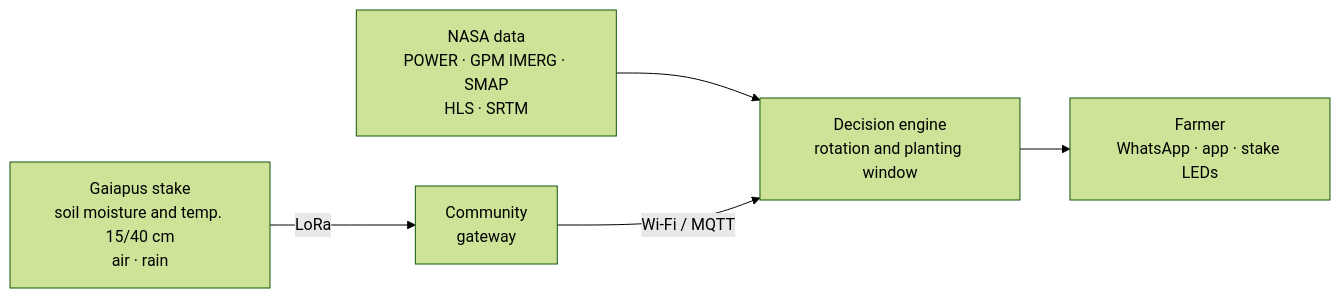
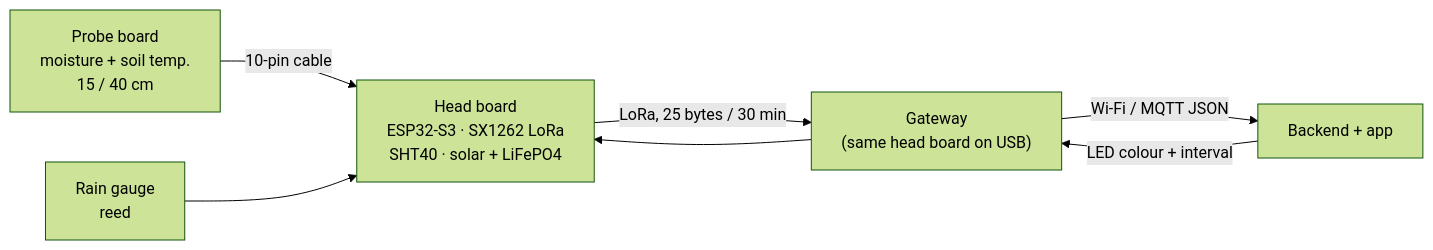
Before and after one commit to LuksbellN/Gaiapus-APP: the diagram in hardware/README.md, drawn with Mermaid (forest theme). The commit also changed other lines of this file, not shown here.

````diff
--- a/hardware/README.md
+++ b/hardware/README.md
@@ -31,7 +13,8 @@
 ```mermaid
 flowchart LR
-    NASA["NASA data<br/>POWER · GPM IMERG · SMAP<br/>HLS · SRTM"] --> M["Decision engine<br/>rotation and planting window"]
-    E["Gaiapus stake<br/>soil moisture and temp. 15/40 cm<br/>air · rain"] -- "LoRa" --> G["Community<br/>gateway"]
-    G -- "Wi-Fi / MQTT" --> M
-    M --> P["Farmer<br/>WhatsApp · app · stake LEDs"]
+    P["Probe board<br/>moisture + soil temp.<br/>15 / 40 cm"] -- "10-pin cable" --> H["Head board<br/>ESP32-S3 · SX1262 LoRa<br/>SHT40 · solar + LiFePO4"]
+    R["Rain gauge<br/>reed"] --> H
+    H -- "LoRa, 25 bytes / 30 min" --> G["Gateway<br/>(same head board on USB)"]
+    G -- "Wi-Fi / MQTT JSON" --> B["Backend + app"]
+    B -- "LED colour + interval" --> G --> H
 ```
````
